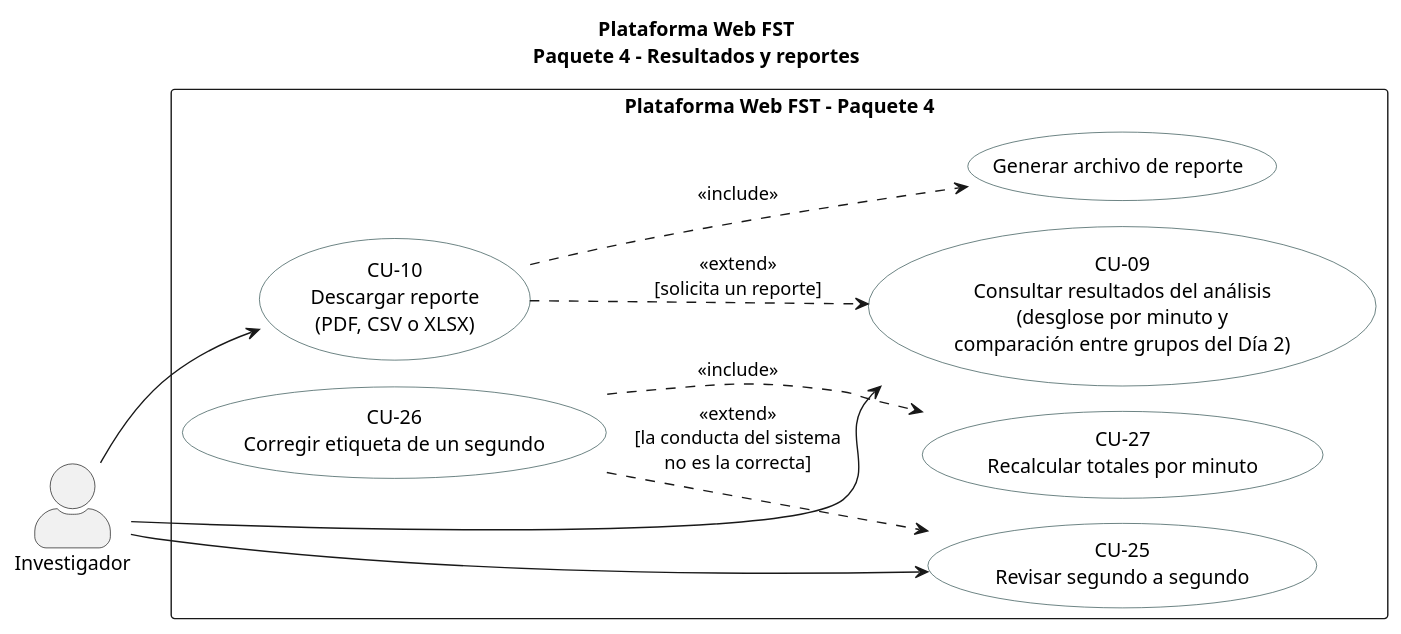
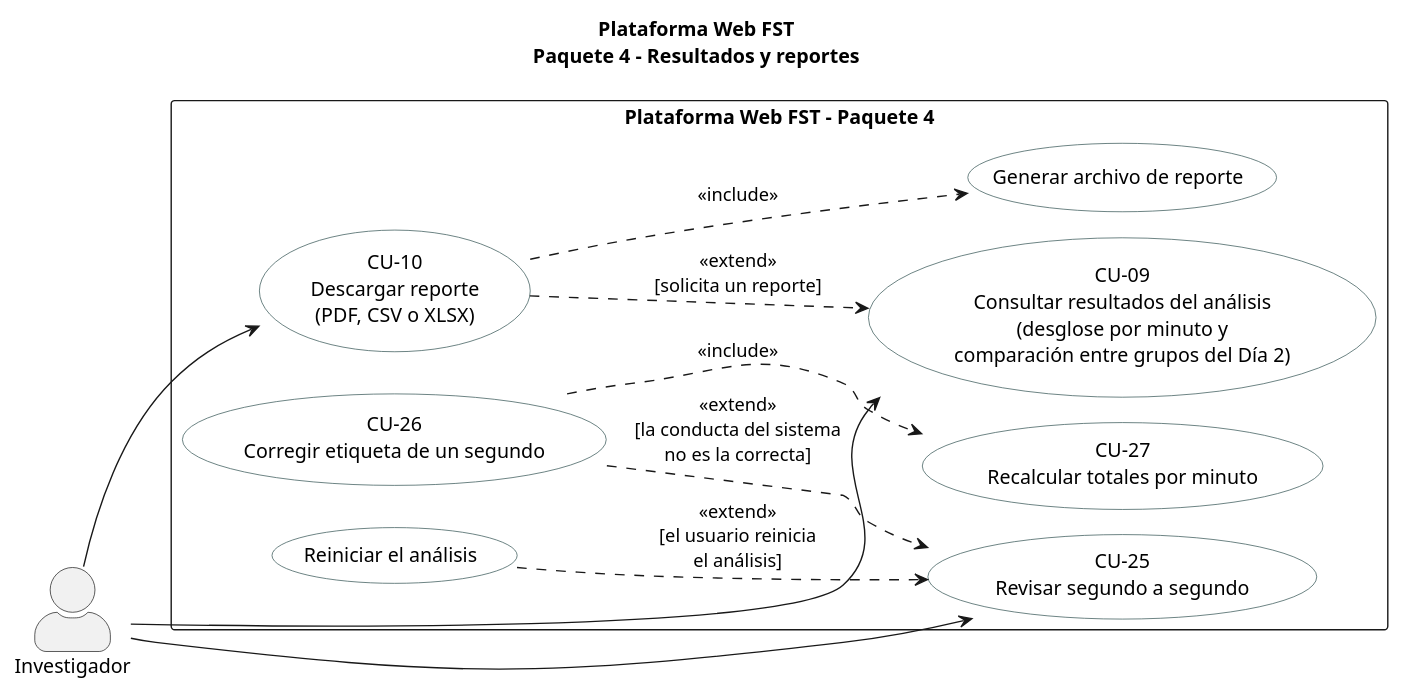
Before and after one commit to ErickJester/fst-ai-system-latex: the diagram in diagramas/puml/cu_paquete4.puml, drawn with PlantUML. The commit also changed 33 other files, not shown here.

```diff
--- a/diagramas/puml/cu_paquete4.puml
+++ b/diagramas/puml/cu_paquete4.puml
@@ -1,27 +1,29 @@
 @startuml
 !pragma layout smetana
 title Plataforma Web FST\nPaquete 4 - Resultados y reportes
 left to right direction
 skinparam packageStyle rectangle
 skinparam actorStyle awesome
 skinparam usecase {
   BackgroundColor White
   BorderColor DarkSlateGray
 }
 actor "Investigador" as INV
 rectangle "Plataforma Web FST - Paquete 4" {
   usecase "CU-09\nConsultar resultados del análisis\n(desglose por minuto y\ncomparación entre grupos del Día 2)" as CU09
   usecase "CU-10\nDescargar reporte\n(PDF, CSV o XLSX)" as CU10
   usecase "Generar archivo de reporte" as UC46
   usecase "CU-25\nRevisar segundo a segundo" as CU25
   usecase "CU-26\nCorregir etiqueta de un segundo" as CU26
   usecase "CU-27\nRecalcular totales por minuto" as CU27
+  usecase "Reiniciar el análisis" as UC25R
 }
 INV --> CU09
 INV --> CU10
 INV --> CU25
 CU10 ..> CU09 : <<extend>>\n[solicita un reporte]
 CU10 ..> UC46 : <<include>>
 CU26 ..> CU25 : <<extend>>\n[la conducta del sistema\nno es la correcta]
 CU26 ..> CU27 : <<include>>
+UC25R ..> CU25 : <<extend>>\n[el usuario reinicia\nel análisis]
 @enduml
```
